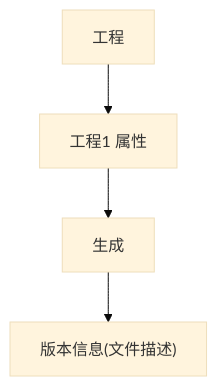
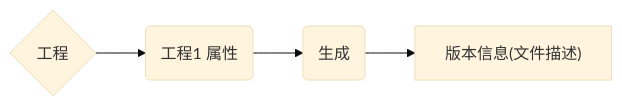
Before and after one commit to cngitee/cngitee.github.io: the diagram in content/p/215.md, drawn with Mermaid (base theme). The commit also changed other lines of this file and 37 other files, not shown here.

```diff
--- a/content/p/215.md
+++ b/content/p/215.md
@@ -17,4 +17,4 @@
 {{< mermaid align="left" >}}
-graph TD;
-    a["工程"]-->b["工程1 属性"]-->c["生成"]-->d["版本信息(文件描述)"];
+graph LR;
+    a{"工程"}-->b("工程1 属性")-->c("生成")-->d["版本信息(文件描述)"];
 {{< /mermaid >}}
```
